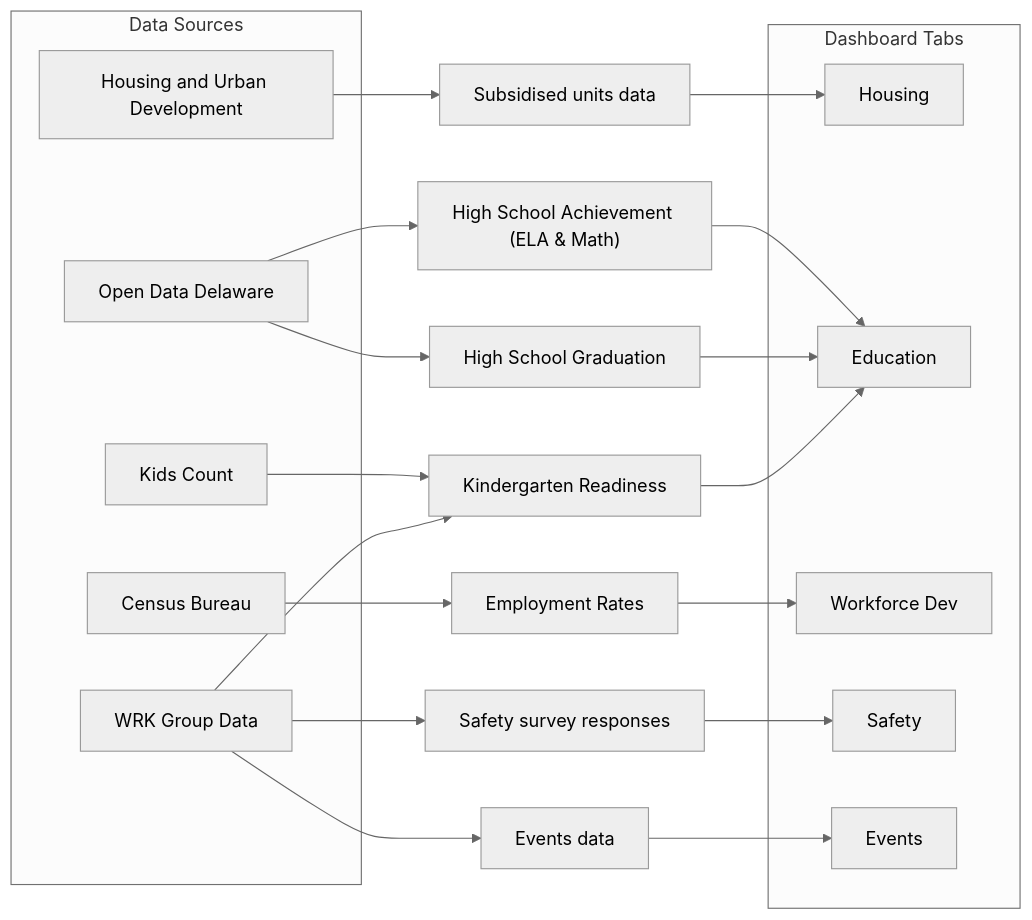
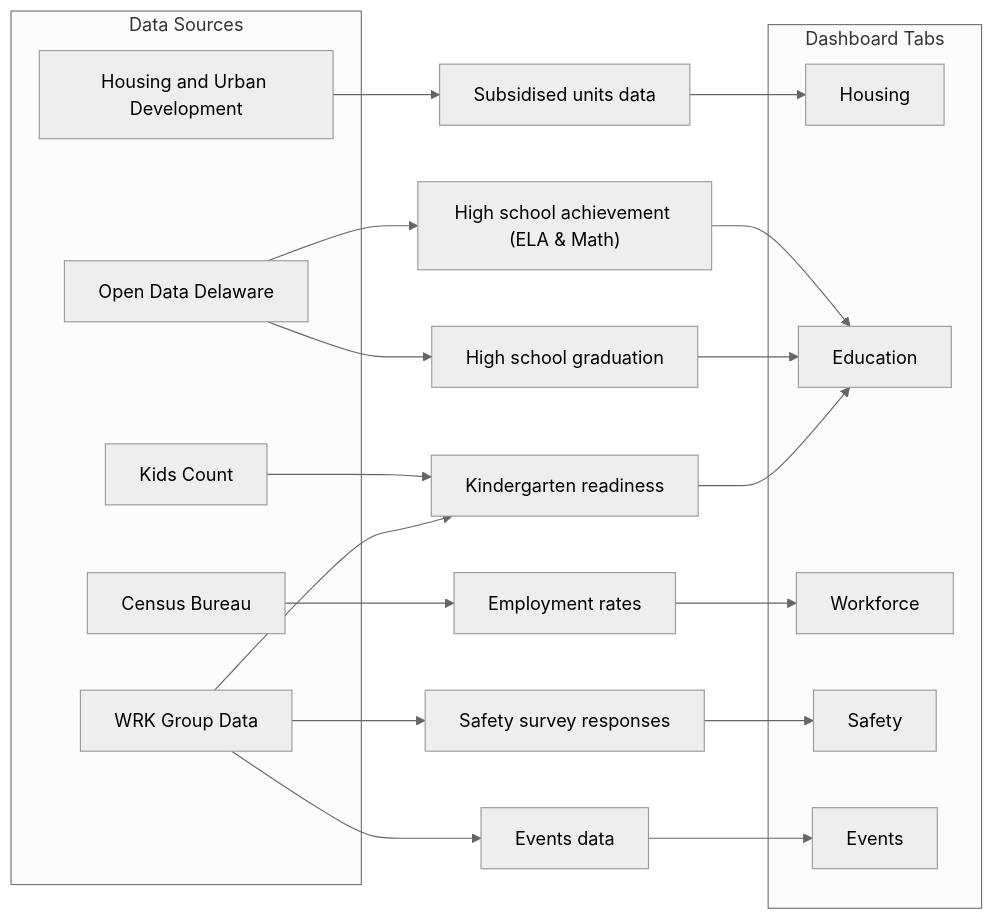
The diagram in README.md (de-data-lab/WRK), drawn with Mermaid (neutral theme) before and after one commit.

Commit message:
Simplify mermaid syntax

````diff
--- a/README.md
+++ b/README.md
@@ -31,35 +31,35 @@
 ``` mermaid
 graph LR;
     subgraph sourcing["Data Sources"]
       HUD["Housing and Urban Development"]
       ODD["Open Data Delaware"]
       kidsCount["Kids Count"]
       census["Census Bureau"]
       WRK["WRK Group Data"]
     end
       
-    HUD["Housing and Urban Development"] --> housingUnits;
-    ODD["Open Data Delaware"] --> HSach;
-    ODD["Open Data Delaware"] --> HSgrad;
-    kidsCount["Kids Count"] --> kinderReadiness;
-    census["Census Bureau"] --> employment;
-    WRK["WRK Group Data"] --> kinderReadiness;
+    HUD --> housingUnits;
+    ODD --> HSach;
+    ODD --> HSgrad;
+    kidsCount --> kinderReadiness;
+    census --> employment;
+    WRK --> kinderReadiness;
     WRK --> events;
     WRK --> surveyResponses;
    
     housingUnits["Subsidised units data"] --> housingTab;
-    HSach["High School Achievement (ELA & Math)"] --> educationTab;
-    HSgrad["High School Graduation"] --> educationTab;
-    kinderReadiness["Kindergarten Readiness"] --> educationTab;
-    employment["Employment Rates"] --> workforceTab;
+    HSach["High school achievement (ELA & Math)"] --> educationTab;
+    HSgrad["High school graduation"] --> educationTab;
+    kinderReadiness["Kindergarten readiness"] --> educationTab;
+    employment["Employment rates"] --> workforceTab;
     surveyResponses["Safety survey responses"] --> safetyTab;
     events["Events data"] --> eventsTab;
     
     subgraph tabs["Dashboard Tabs"]
       housingTab["Housing"]
       educationTab["Education"]
-      workforceTab["Workforce Dev"]
+      workforceTab["Workforce"]
       safetyTab["Safety"]
       eventsTab["Events"]
     end
 ```
````
